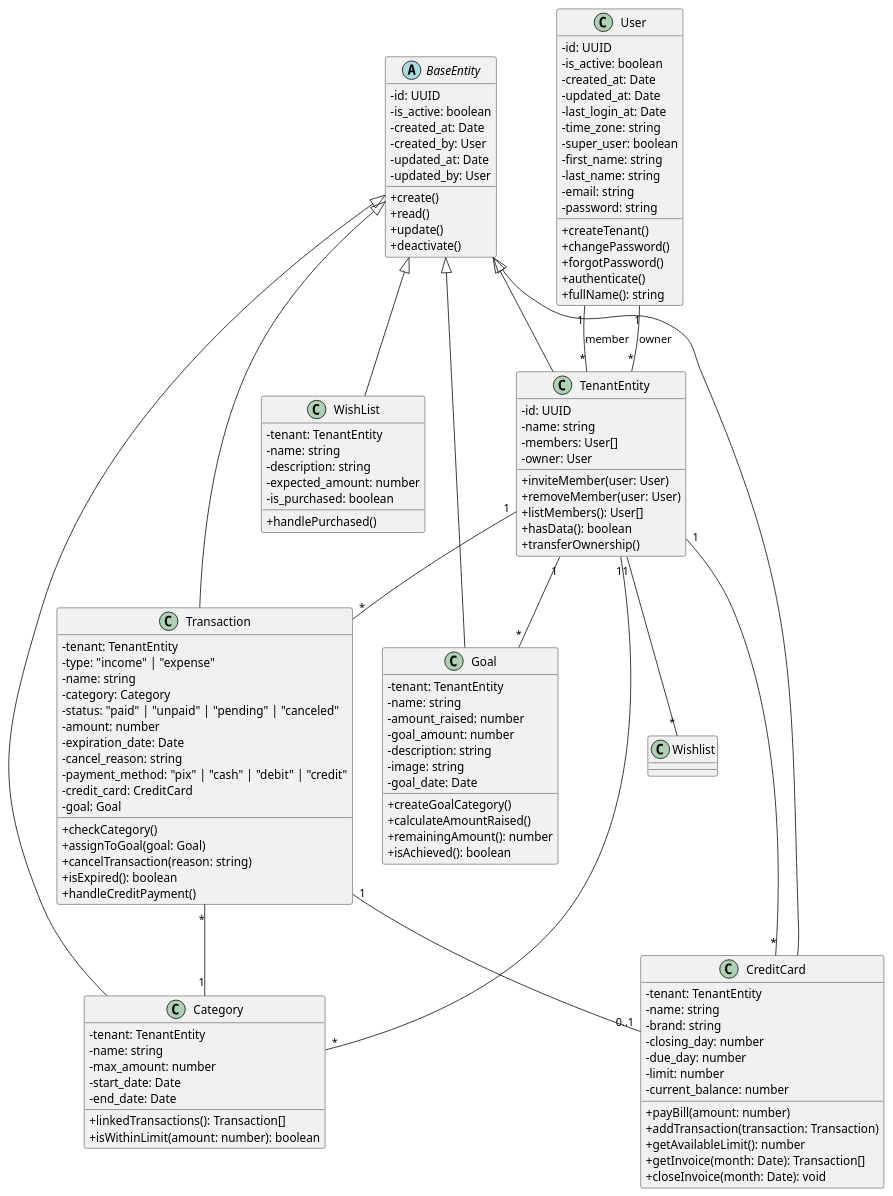
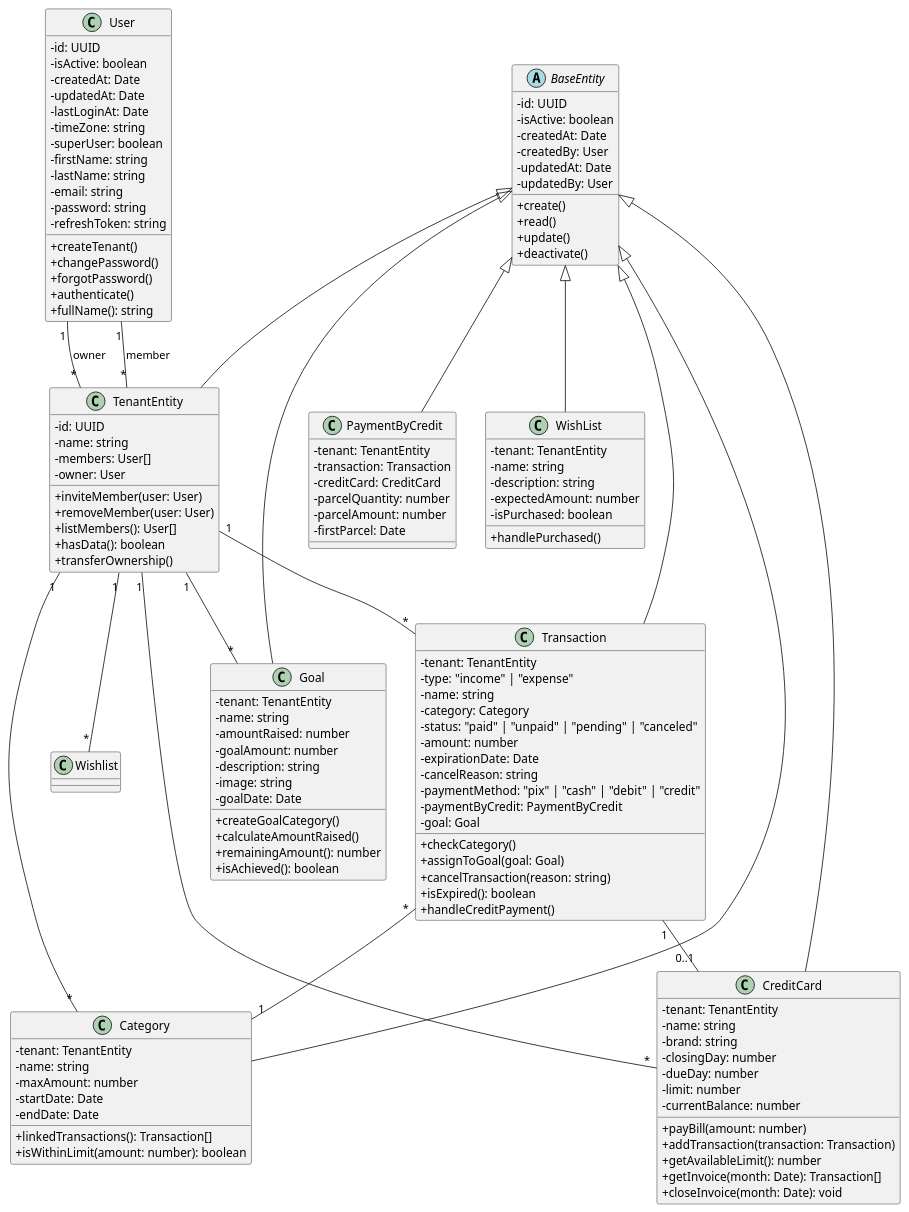
The diagram in class_diagram.puml (RafaelNagatomo/financial-manager-api), drawn with PlantUML before and after one commit. The commit also changed 26 other files, not shown here.

```diff
--- a/class_diagram.puml
+++ b/class_diagram.puml
@@ -1,126 +1,136 @@
 @startuml inventory_mvp.puml
 
 skinparam classAttributeIconSize 0
 
 abstract class BaseEntity {
   - id: UUID
-  - is_active: boolean
-  - created_at: Date
-  - created_by: User
-  - updated_at: Date
-  - updated_by: User
+  - isActive: boolean
+  - createdAt: Date
+  - createdBy: User 
+  - updatedAt: Date
+  - updatedBy: User
   + create()
   + read()
   + update()
   + deactivate()
 }
 
 class TenantEntity extends BaseEntity {
   - id: UUID
   - name: string
   - members: User[]
   - owner: User
   + inviteMember(user: User)
   + removeMember(user: User)
   + listMembers(): User[]
   + hasData(): boolean
   + transferOwnership()
 }
 
 class User {
   - id: UUID
-  - is_active: boolean
-  - created_at: Date
-  - updated_at: Date
-  - last_login_at: Date
-  - time_zone: string
-  - super_user: boolean
-  - first_name: string
-  - last_name: string
+  - isActive: boolean
+  - createdAt: Date
+  - updatedAt: Date
+  - lastLoginAt: Date
+  - timeZone: string
+  - superUser: boolean
+  - firstName: string
+  - lastName: string
   - email: string
   - password: string
+  - refreshToken: string
   + createTenant()
   + changePassword()
   + forgotPassword()
   + authenticate()
   + fullName(): string
 }
 
 class Transaction extends BaseEntity {
   - tenant: TenantEntity
   - type: "income" | "expense"
   - name: string
   - category: Category
   - status: "paid" | "unpaid" | "pending" | "canceled"
   - amount: number
-  - expiration_date: Date
-  - cancel_reason: string
-  - payment_method: "pix" | "cash" | "debit" | "credit"
-  - credit_card: CreditCard
+  - expirationDate: Date
+  - cancelReason: string
+  - paymentMethod: "pix" | "cash" | "debit" | "credit"
+  - paymentByCredit: PaymentByCredit
   - goal: Goal
   + checkCategory()
   + assignToGoal(goal: Goal)
   + cancelTransaction(reason: string)
   + isExpired(): boolean
   + handleCreditPayment()
 }
 
+class PaymentByCredit extends BaseEntity {
+  - tenant: TenantEntity
+  - transaction: Transaction
+  - creditCard: CreditCard
+  - parcelQuantity: number
+  - parcelAmount: number
+  - firstParcel: Date
+}
+
 class Category extends BaseEntity {
   - tenant: TenantEntity
   - name: string
-  - max_amount: number
-  - start_date: Date
-  - end_date: Date
+  - maxAmount: number
+  - startDate: Date
+  - endDate: Date
   + linkedTransactions(): Transaction[]
   + isWithinLimit(amount: number): boolean
 }
 
 class Goal extends BaseEntity {
   - tenant: TenantEntity
   - name: string
-  - amount_raised: number
-  - goal_amount: number
+  - amountRaised: number
+  - goalAmount: number
   - description: string
   - image: string
-  - goal_date: Date
+  - goalDate: Date
   + createGoalCategory()
   + calculateAmountRaised()
   + remainingAmount(): number
   + isAchieved(): boolean
 }
 
 class CreditCard extends BaseEntity {
   - tenant: TenantEntity
   - name: string
   - brand: string
-  - closing_day: number
-  - due_day: number
+  - closingDay: number
+  - dueDay: number
   - limit: number
-  - current_balance: number
+  - currentBalance: number
   + payBill(amount: number)
   + addTransaction(transaction: Transaction)
   + getAvailableLimit(): number
   + getInvoice(month: Date): Transaction[]
   + closeInvoice(month: Date): void
 }
 
 class WishList extends BaseEntity {
   - tenant: TenantEntity
   - name: string
   - description: string
-  - expected_amount: number
-  - is_purchased: boolean
+  - expectedAmount: number
+  - isPurchased: boolean
   + handlePurchased()
 }
 
 User "1" -- "*" TenantEntity : owner
 User "1" -- "*" TenantEntity : member
 TenantEntity "1" -- "*" Transaction
 TenantEntity "1" -- "*" Category
 TenantEntity "1" -- "*" Goal
 TenantEntity "1" -- "*" Wishlist
 TenantEntity "1" -- "*" CreditCard
 Transaction "1" -- "0..1" CreditCard
 Transaction "*" -- "1" Category
 
 @enduml
```
